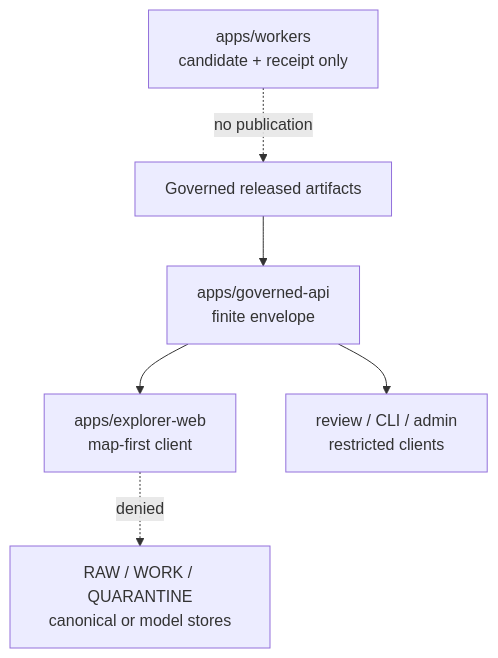
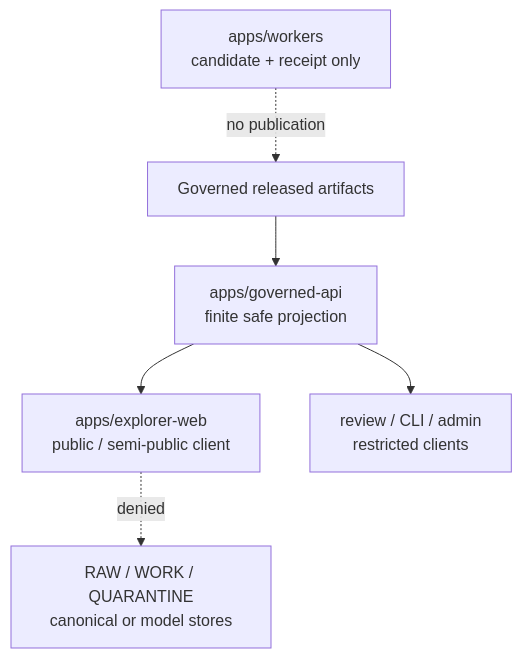
Before and after one commit to bartytime4life/Kansas-Frontier-Matrix: the diagram in apps/README.md, drawn with Mermaid. The commit also changed other lines of this file, not shown here.

Commit message:
docs(apps): reconcile deployable root maturity

````diff
--- a/apps/README.md
+++ b/apps/README.md
@@ -183,8 +174,8 @@
 ```mermaid
 flowchart TD
-    release["Governed released artifacts"] --> api["apps/governed-api<br/>finite envelope"]
-    api --> explorer["apps/explorer-web<br/>map-first client"]
-    api --> internal["review / CLI / admin<br/>restricted clients"]
-    workers["apps/workers<br/>candidate + receipt only"] -. "no publication" .-> release
-    explorer -. "denied" .-> stores["RAW / WORK / QUARANTINE<br/>canonical or model stores"]
+    released["Governed released artifacts"] --> api["apps/governed-api<br/>finite safe projection"]
+    api --> explorer["apps/explorer-web<br/>public / semi-public client"]
+    api --> restricted["review / CLI / admin<br/>restricted clients"]
+    workers["apps/workers<br/>candidate + receipt only"] -. "no publication" .-> released
+    explorer -. "denied" .-> internal["RAW / WORK / QUARANTINE<br/>canonical or model stores"]
 ```
````
